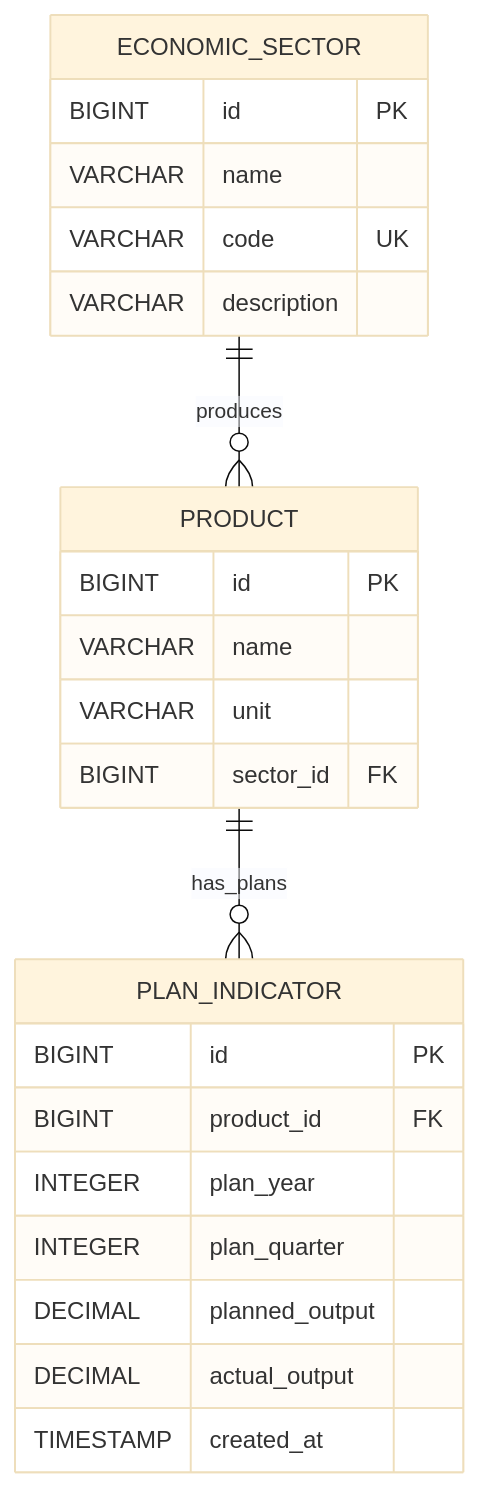
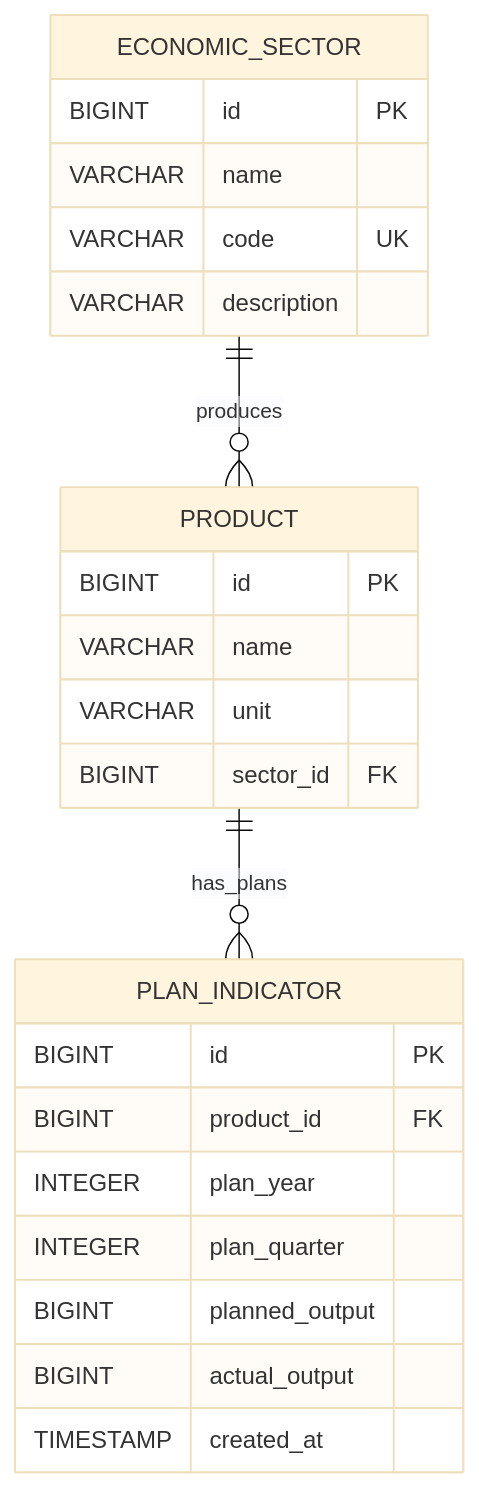
Before and after one commit to snerobeev/economic-cybernetics-system: the diagram in docs/TECHNICAL.md, drawn with Mermaid (base theme). The commit also changed other lines of this file and 7 other files, not shown here.

````diff
--- a/docs/TECHNICAL.md
+++ b/docs/TECHNICAL.md
@@ -7,29 +7,29 @@
 ```mermaid
 erDiagram
     ECONOMIC_SECTOR {
         BIGINT id PK
         VARCHAR name
         VARCHAR code UK
         VARCHAR description
     }
     
     PRODUCT {
         BIGINT id PK
         VARCHAR name
         VARCHAR unit
         BIGINT sector_id FK
     }
     
     PLAN_INDICATOR {
         BIGINT id PK
         BIGINT product_id FK
         INTEGER plan_year
         INTEGER plan_quarter
-        DECIMAL planned_output
-        DECIMAL actual_output
+        BIGINT planned_output
+        BIGINT actual_output
         TIMESTAMP created_at
     }
     
     ECONOMIC_SECTOR ||--o{ PRODUCT : "produces"
     PRODUCT ||--o{ PLAN_INDICATOR : "has_plans"
 ```
````
